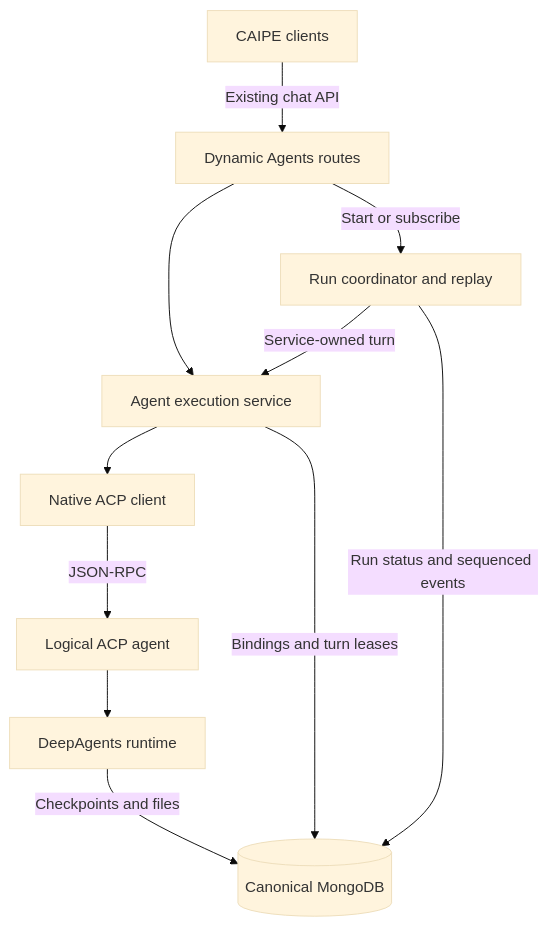
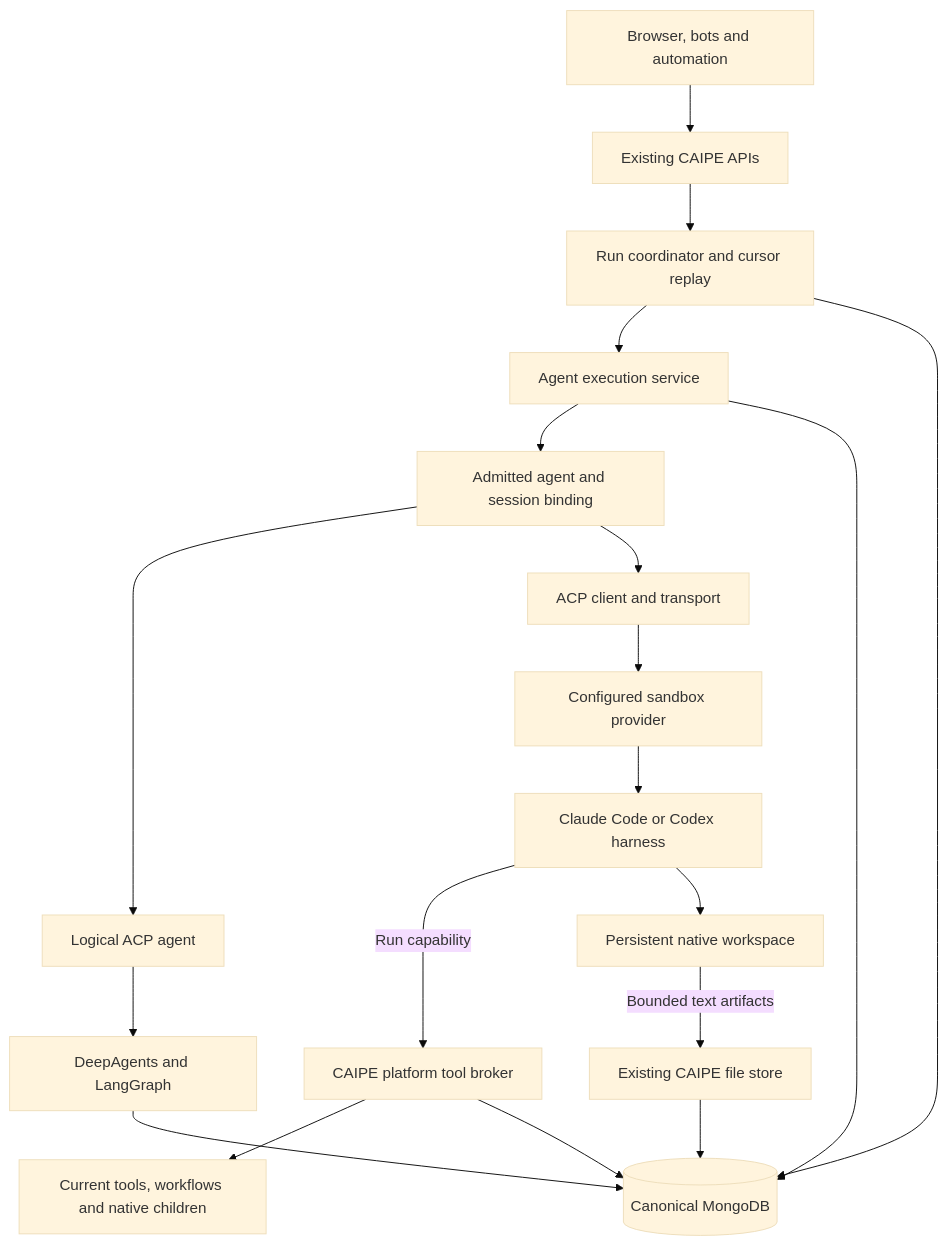
The first of 2 diagrams in docs/docs/architecture/native-acp-metaharness.md (cnoe-io/ai-platform-engineering), drawn with Mermaid (base theme) before and after one commit. The commit also changed other lines of this file and 92 other files, not shown here.

First line of the commit message:
feat(dynamic-agents): add durable sandbox ACP harness placement

````diff
--- a/docs/docs/architecture/native-acp-metaharness.md
+++ b/docs/docs/architecture/native-acp-metaharness.md
@@ -44,13 +41,21 @@
 ```mermaid
 flowchart TB
-  Clients[CAIPE clients] -->|Existing chat API| Routes[Dynamic Agents routes]
-  Routes --> Execution[Agent execution service]
-  Routes -->|Start or subscribe| Journal[Run coordinator and replay]
-  Journal -->|Service-owned turn| Execution
-  Journal -->|Run status and sequenced events| DB
-  Execution --> Client[Native ACP client]
-  Client -->|JSON-RPC| Agent[Logical ACP agent]
-  Agent --> Runtime[DeepAgents runtime]
-  Execution -->|Bindings and turn leases| DB[(Canonical MongoDB)]
-  Runtime -->|Checkpoints and files| DB
+  Clients[Browser, bots and automation] --> Routes[Existing CAIPE APIs]
+  Routes --> Runs[Run coordinator and cursor replay]
+  Runs --> Execution[Agent execution service]
+  Runs --> DB[(Canonical MongoDB)]
+  Execution --> Binding[Admitted agent and session binding]
+  Binding --> Native[Logical ACP agent]
+  Native --> Deep[DeepAgents and LangGraph]
+  Binding --> Remote[ACP client and transport]
+  Remote --> Provider[Configured sandbox provider]
+  Provider --> Harness[Claude Code or Codex harness]
+  Harness -->|Run capability| Broker[CAIPE platform tool broker]
+  Broker --> Tools[Current tools, workflows and native children]
+  Deep --> DB
+  Execution --> DB
+  Broker --> DB
+  Harness --> Workspace[Persistent native workspace]
+  Workspace -->|Bounded text artifacts| Files[Existing CAIPE file store]
+  Files --> DB
 ```
````
